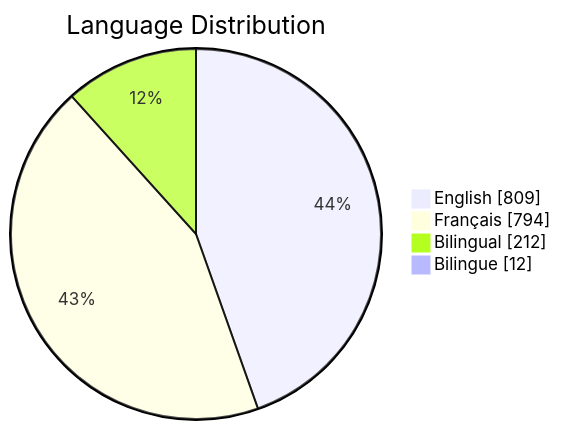
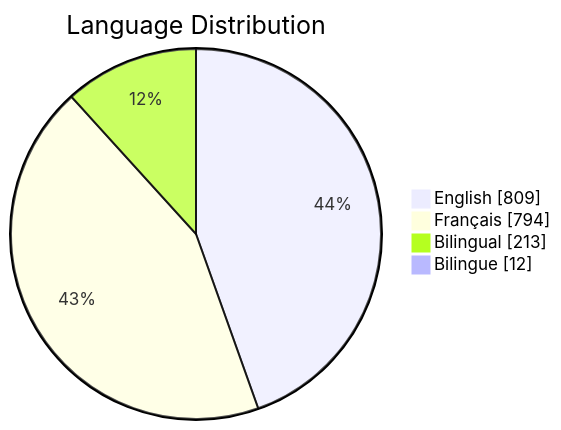
The third of 6 diagrams in README.md (PatLittle/GC-Socials), drawn with Mermaid before and after one commit. The commit also changed other lines of this file, not shown here.

Commit message:
Update README with Platform Distribution pie chart

````diff
--- a/README.md
+++ b/README.md
@@ -65,7 +65,7 @@
 ```mermaid
 pie showData title Language Distribution
     "English": 809
     "Français": 794
-    "Bilingual": 212
+    "Bilingual": 213
     "Bilingue": 12
 ```
````
